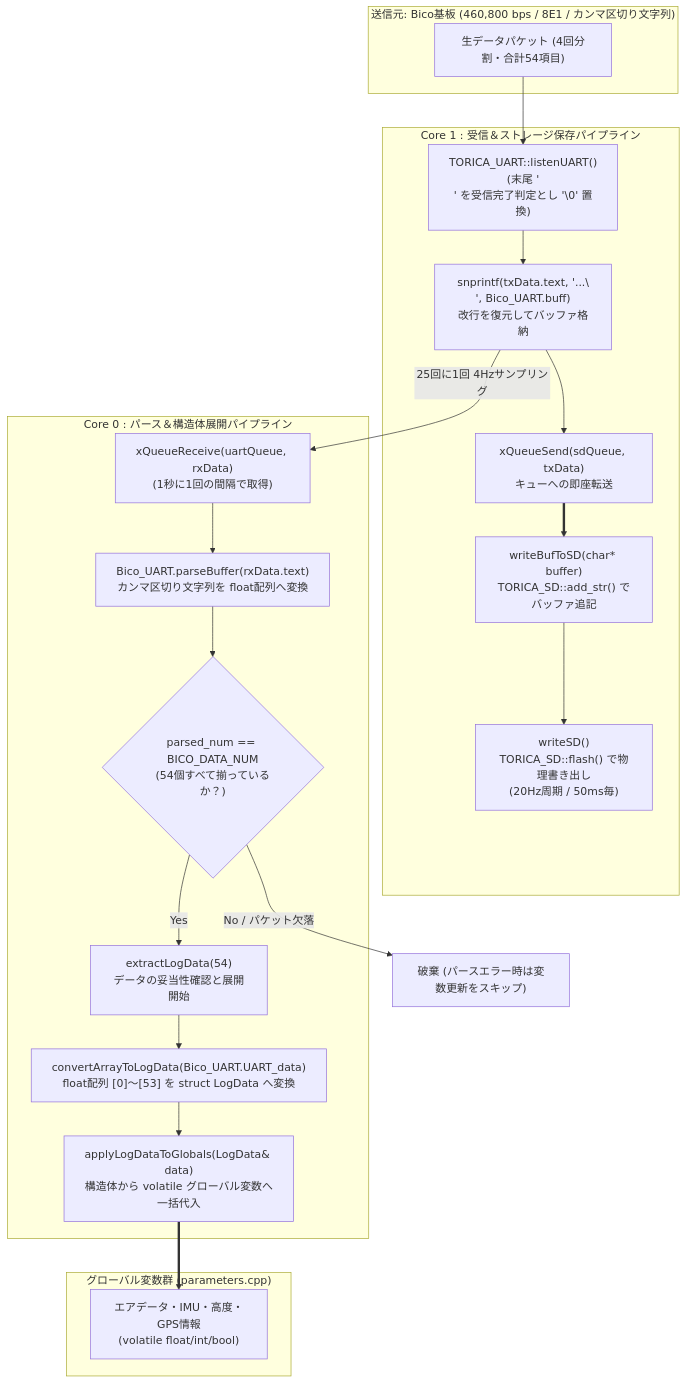
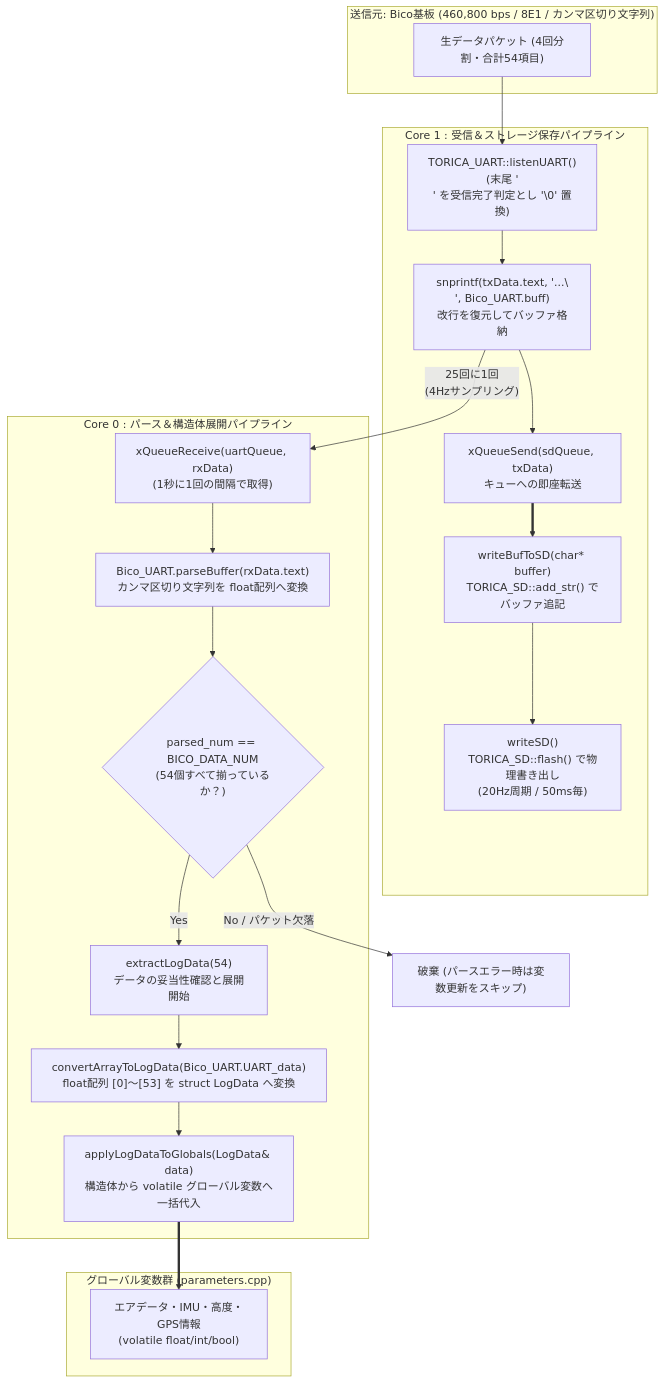
Before and after one commit to TORICA-Org/26th_Software_Airdata: the fifth of 9 diagrams in FM/26th_Air_Xiao/docs/05_drawio_mermaid_snippets.md, drawn with Mermaid. The commit also changed 4 other files, not shown here.

````diff
--- a/FM/26th_Air_Xiao/docs/05_drawio_mermaid_snippets.md
+++ b/FM/26th_Air_Xiao/docs/05_drawio_mermaid_snippets.md
@@ -237,44 +237,44 @@
 ```mermaid
 flowchart TD
     subgraph Bico_Side ["送信元: Bico基板 (460,800 bps / 8E1 / カンマ区切り文字列)"]
         UART_Stream["生データパケット (4回分割・合計54項目)"]
     end
 
     subgraph Core1_Pipeline ["Core 1 : 受信＆ストレージ保存パイプライン"]
         L_UART["TORICA_UART::listenUART()<br>(末尾 '\n' を受信完了判定とし '\0' 置換)"]
         Copy_SD["snprintf(txData.text, '...\\n', Bico_UART.buff)<br>改行を復元してバッファ格納"]
         Push_SD_Queue["xQueueSend(sdQueue, txData)<br>キューへの即座転送"]
         
         Write_SD_Func["writeBufToSD(char* buffer)<br>TORICA_SD::add_str() でバッファ追記"]
         Flash_SD_Func["writeSD()<br>TORICA_SD::flash() で物理書き出し<br>(20Hz周期 / 50ms毎)"]
     end
 
     subgraph Core0_Pipeline ["Core 0 : パース＆構造体展開パイプライン"]
         Pop_UART_Queue["xQueueReceive(uartQueue, rxData)<br>(1秒に1回の間隔で取得)"]
         Parse_Buf["Bico_UART.parseBuffer(rxData.text)<br>カンマ区切り文字列を float配列へ変換"]
         Check_Num{"parsed_num == BICO_DATA_NUM<br>(54個すべて揃っているか？)"}
         
         Extract_Log["extractLogData(54)<br>データの妥当性確認と展開開始"]
         Convert_Log["convertArrayToLogData(Bico_UART.UART_data)<br>float配列 [0]～[53] を struct LogData へ変換"]
         Apply_Globals["applyLogDataToGlobals(LogData& data)<br>構造体から volatile グローバル変数へ一括代入"]
     end
 
     subgraph Global_Storage ["グローバル変数群 (parameters.cpp)"]
         G_Vars["エアデータ・IMU・高度・GPS情報<br>(volatile float/int/bool)"]
     end
 
     UART_Stream --> L_UART
     L_UART --> Copy_SD
     Copy_SD --> Push_SD_Queue
     Push_SD_Queue ==> Write_SD_Func
     Write_SD_Func --> Flash_SD_Func
 
-    Copy_SD -->|25回に1回 4Hzサンプリング| Pop_UART_Queue
+    Copy_SD -->|"25回に1回<br>(4Hzサンプリング)"| Pop_UART_Queue
     Pop_UART_Queue --> Parse_Buf
     Parse_Buf --> Check_Num
     Check_Num -->|Yes| Extract_Log
     Check_Num -->|No / パケット欠落| Drop["破棄 (パースエラー時は変数更新をスキップ)"]
     Extract_Log --> Convert_Log
     Convert_Log --> Apply_Globals
     Apply_Globals ==> G_Vars
 ```
````
